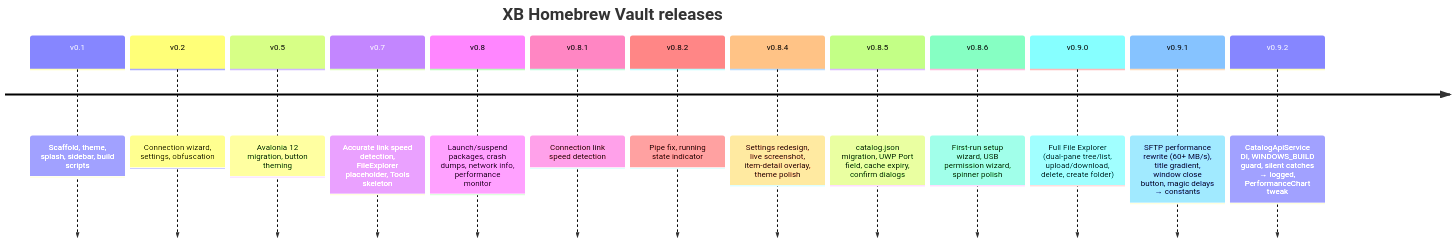
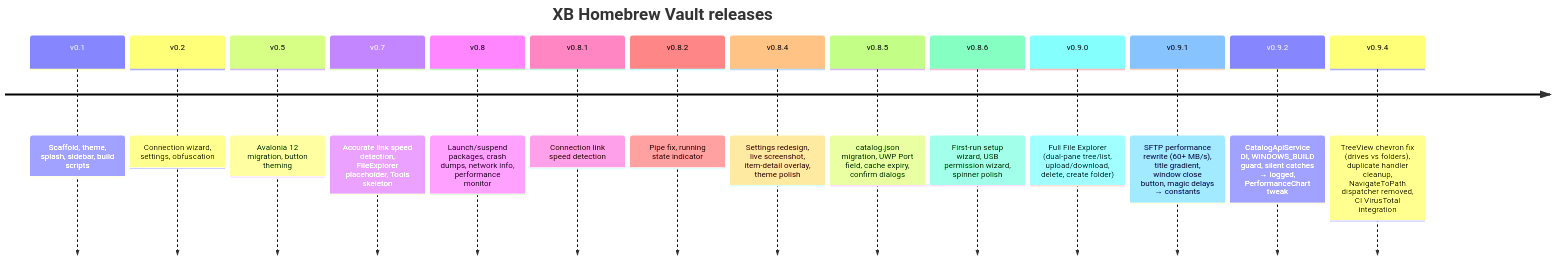
One commit to marcelofrau/xb-homebrew-vault changed the first of 3 diagrams in docs/roadmap.md. Above: the diagram before and after it, drawn with Mermaid. The commit also changed other lines of this file and 2 other files, not shown here.

First line of the commit message:
chore: bump v0.9.4 — update roadmap, README, tech-debt

````diff
--- a/docs/roadmap.md
+++ b/docs/roadmap.md
@@ -18,17 +18,18 @@
 ```mermaid
 timeline
     title XB Homebrew Vault releases
     v0.1 : Scaffold, theme, splash, sidebar, build scripts
     v0.2 : Connection wizard, settings, obfuscation
     v0.5 : Avalonia 12 migration, button theming
     v0.7 : Accurate link speed detection, FileExplorer placeholder, Tools skeleton
     v0.8 : Launch/suspend packages, crash dumps, network info, performance monitor
     v0.8.1 : Connection link speed detection
     v0.8.2 : Pipe fix, running state indicator
     v0.8.4 : Settings redesign, live screenshot, item-detail overlay, theme polish
     v0.8.5 : catalog.json migration, UWP Port field, cache expiry, confirm dialogs
     v0.8.6 : First-run setup wizard, USB permission wizard, spinner polish
     v0.9.0 : Full File Explorer (dual-pane tree/list, upload/download, delete, create folder)
     v0.9.1 : SFTP performance rewrite (60+ MB/s), title gradient, window close button, magic delays → constants
     v0.9.2 : CatalogApiService DI, WINDOWS_BUILD guard, silent catches → logged, PerformanceChart tweak
+    v0.9.4 : TreeView chevron fix (drives vs folders), duplicate handler cleanup, NavigateToPath dispatcher removed, CI VirusTotal integration
 ```
````
